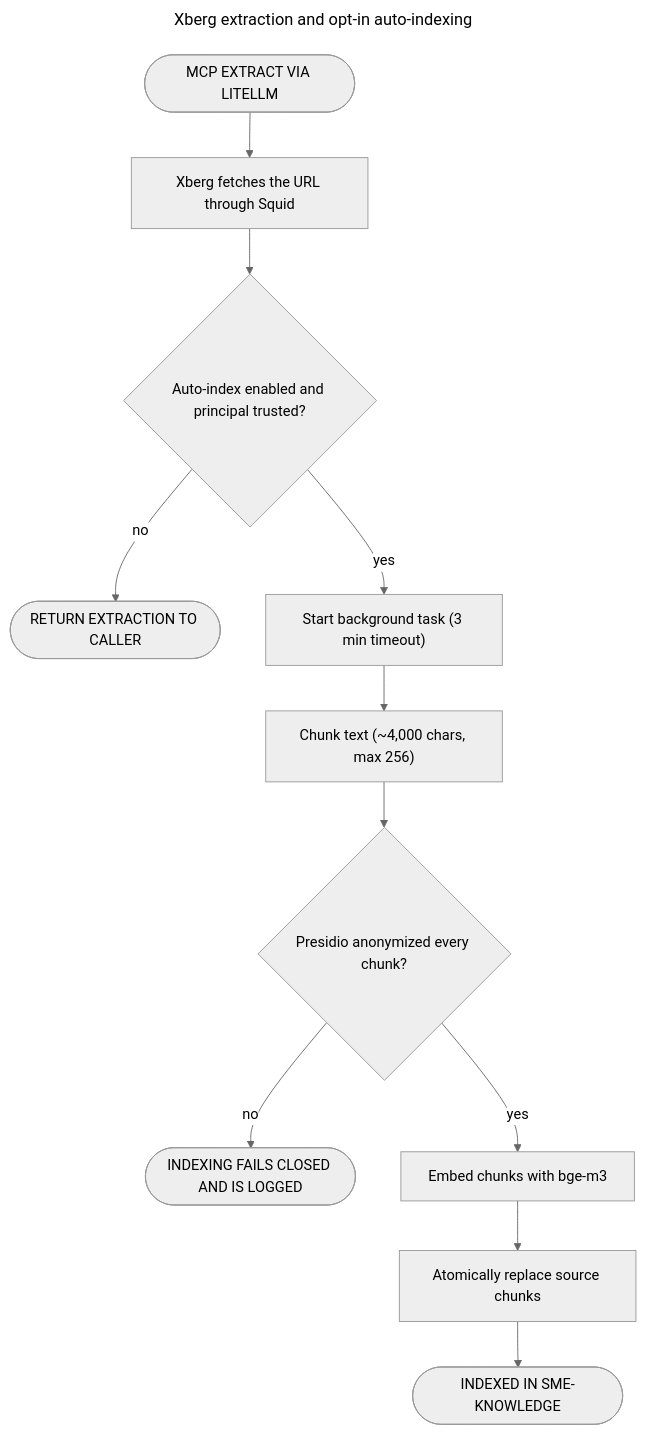
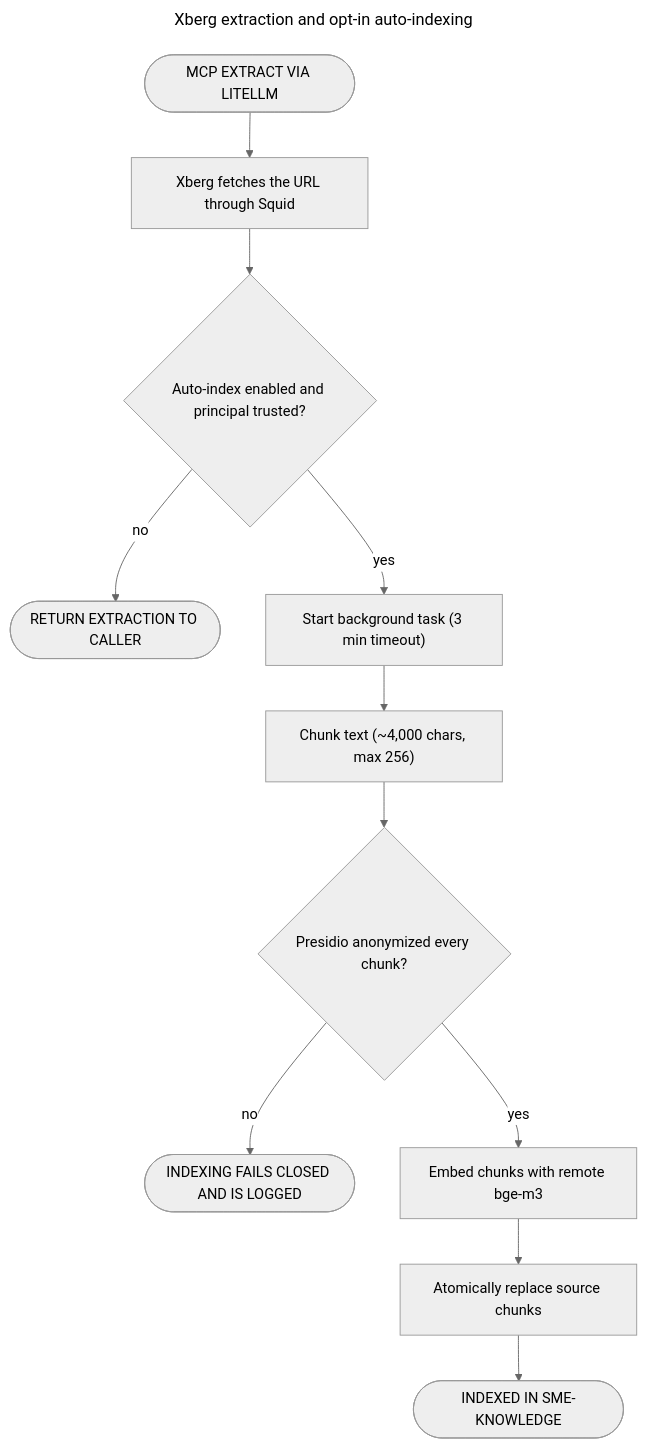
The diagram in diagrams/13-xberg-auto-index-flow.mmd (bella-1337/effective-spoon), drawn with Mermaid (neutral theme) before and after one commit. The commit also changed 46 other files, not shown here.

```diff
--- a/diagrams/13-xberg-auto-index-flow.mmd
+++ b/diagrams/13-xberg-auto-index-flow.mmd
@@ -1,30 +1,30 @@
 ---
 title: Xberg extraction and opt-in auto-indexing
 ---
 flowchart TD
   %% Source for 13-xberg-auto-index-flow.html. Edit this file, then run ./scripts/render-diagrams.py.
   %% Directives: docs in diagrams/README.md (Updating diagrams).
   %% @subtitle The caller always gets the extraction; indexing into pgvector runs as a bounded background task in dev
 
   S(["MCP EXTRACT VIA LITELLM"])
   FETCH["Xberg fetches the URL through Squid"]
   EN{"Auto-index enabled and principal trusted?"}
   RET(["RETURN EXTRACTION TO CALLER"])
   BG["Start background task (3 min timeout)"]
   CH["Chunk text (~4,000 chars, max 256)"]
   RED{"Presidio anonymized every chunk?"}
   SKIP(["INDEXING FAILS CLOSED AND IS LOGGED"])
-  EMB["Embed chunks with bge-m3"]
+  EMB["Embed chunks with remote bge-m3"]
   UP["Atomically replace source chunks"]
   E(["INDEXED IN SME-KNOWLEDGE"])
 
   S --> FETCH
   FETCH --> EN
   EN -->|"no"| RET
   EN -->|"yes"| BG
   BG --> CH
   CH --> RED
   RED -->|"no"| SKIP
   RED -->|"yes"| EMB
   EMB --> UP
   UP --> E
```
